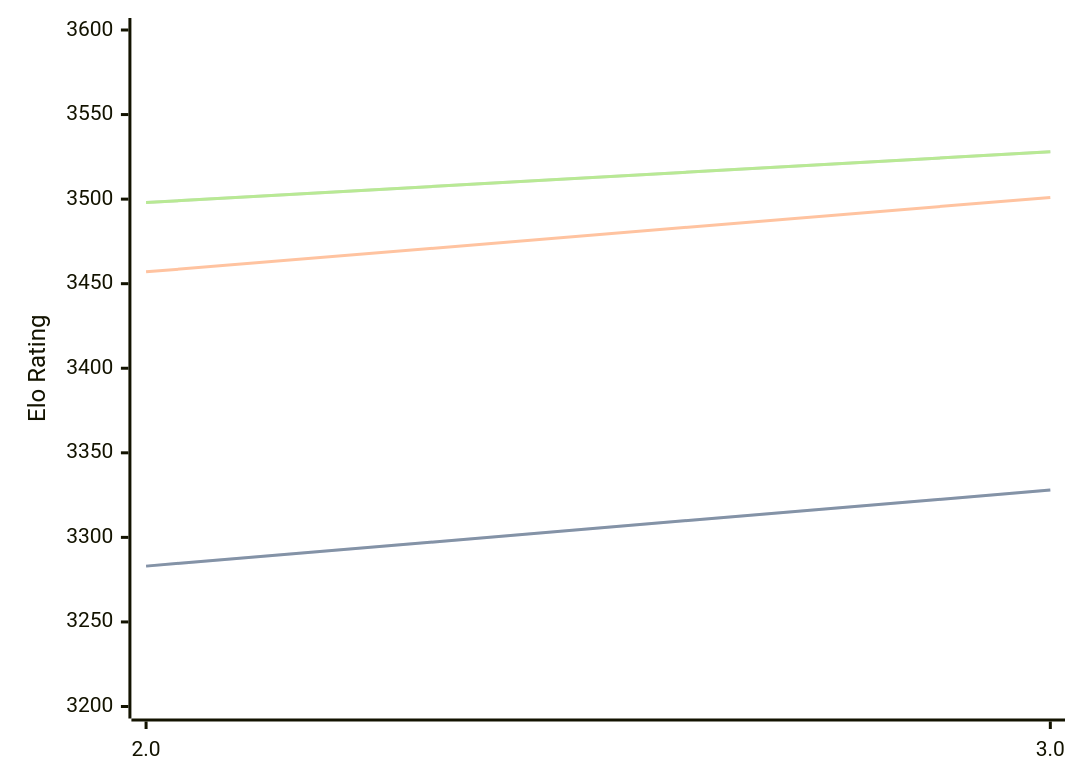
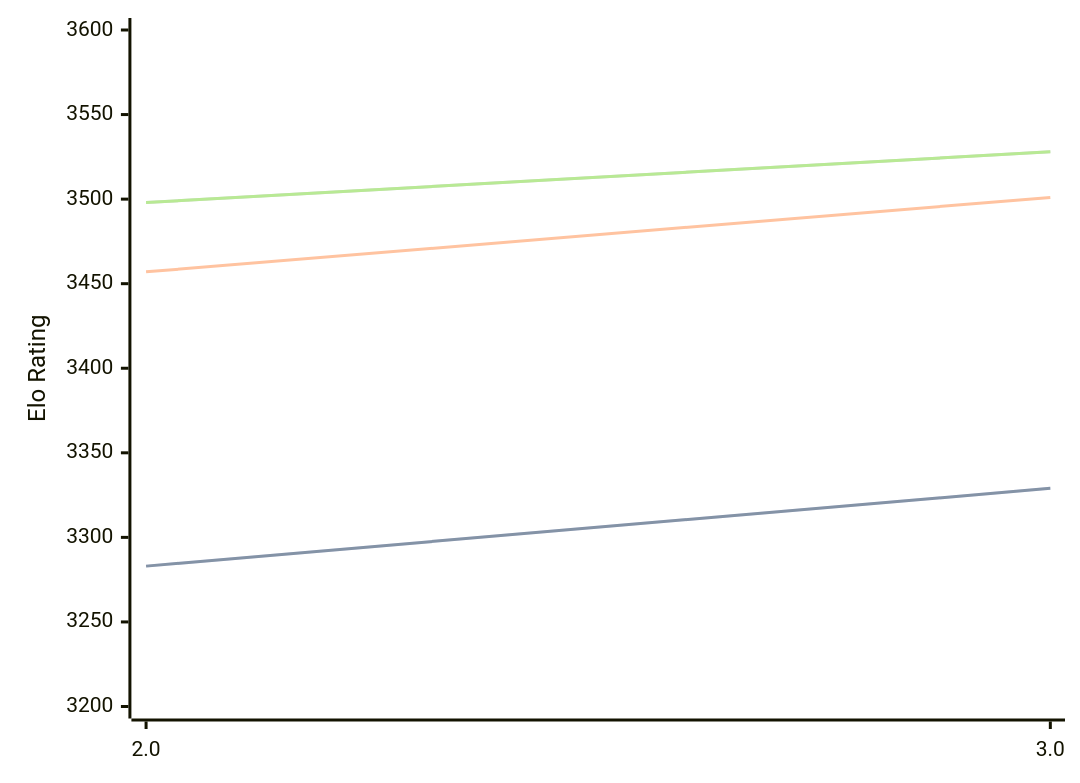
The diagram in engines/Quanticade.md (computer-chess-index/cci), drawn with Mermaid before and after one commit. The commit also changed other lines of this file, not shown here.

````diff
--- a/engines/Quanticade.md
+++ b/engines/Quanticade.md
@@ -41,11 +41,11 @@
 ```mermaid
 %%{init: {"theme":"base","themeVariables":{"seriesColors:['#a3a3a3','#222221','#faa371']}}}%%
 xychart-beta
   x-axis ["2.0", "3.0"]
   y-axis "Elo Rating" 3200 --> 3600
-  line "STC (8.0+0.08s)" [3283, 3328]
-  line "STC (8.0+0.08s)" [3283, 3328]
+  line "STC (8.0+0.08s)" [3283, 3329]
+  line "STC (8.0+0.08s)" [3283, 3329]
   line "LTC (60.0+0.60s)" [3457, 3501]
   line "VLTC (2m24s+1.12s)" [3498, 3528]
   line "VLTC (2m24s+1.12s)" [3498, 3528]
 ```
````
